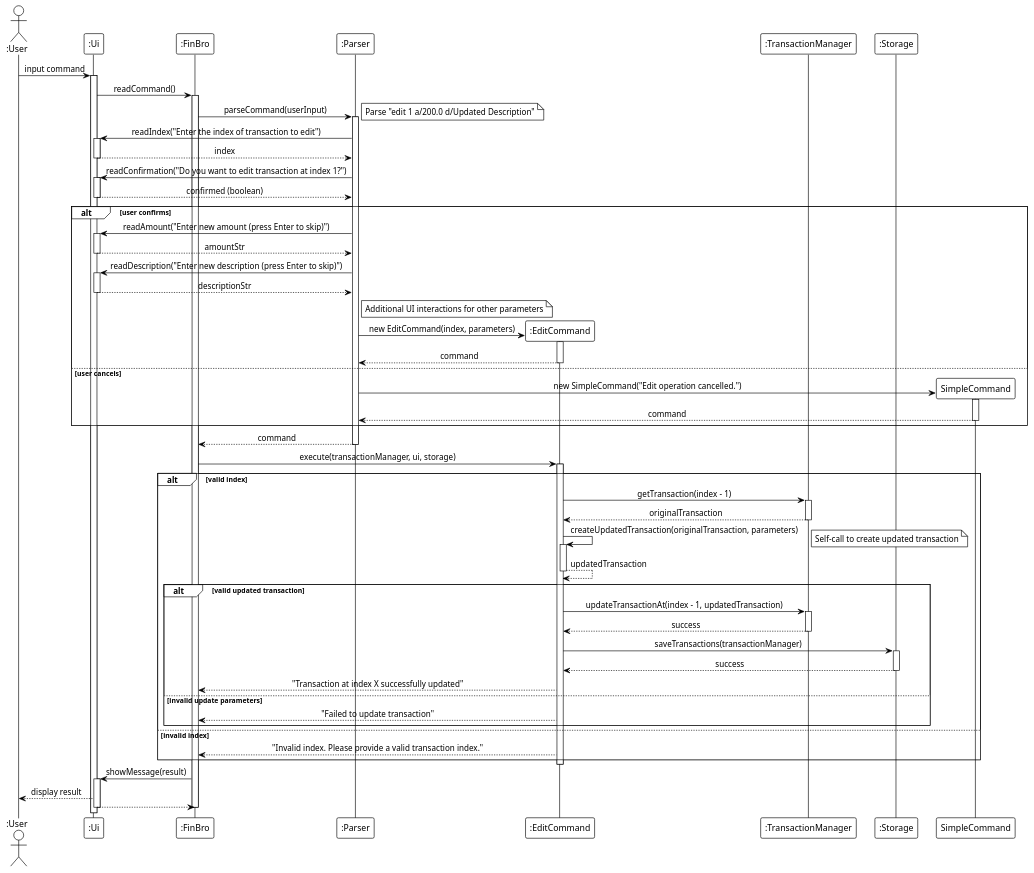
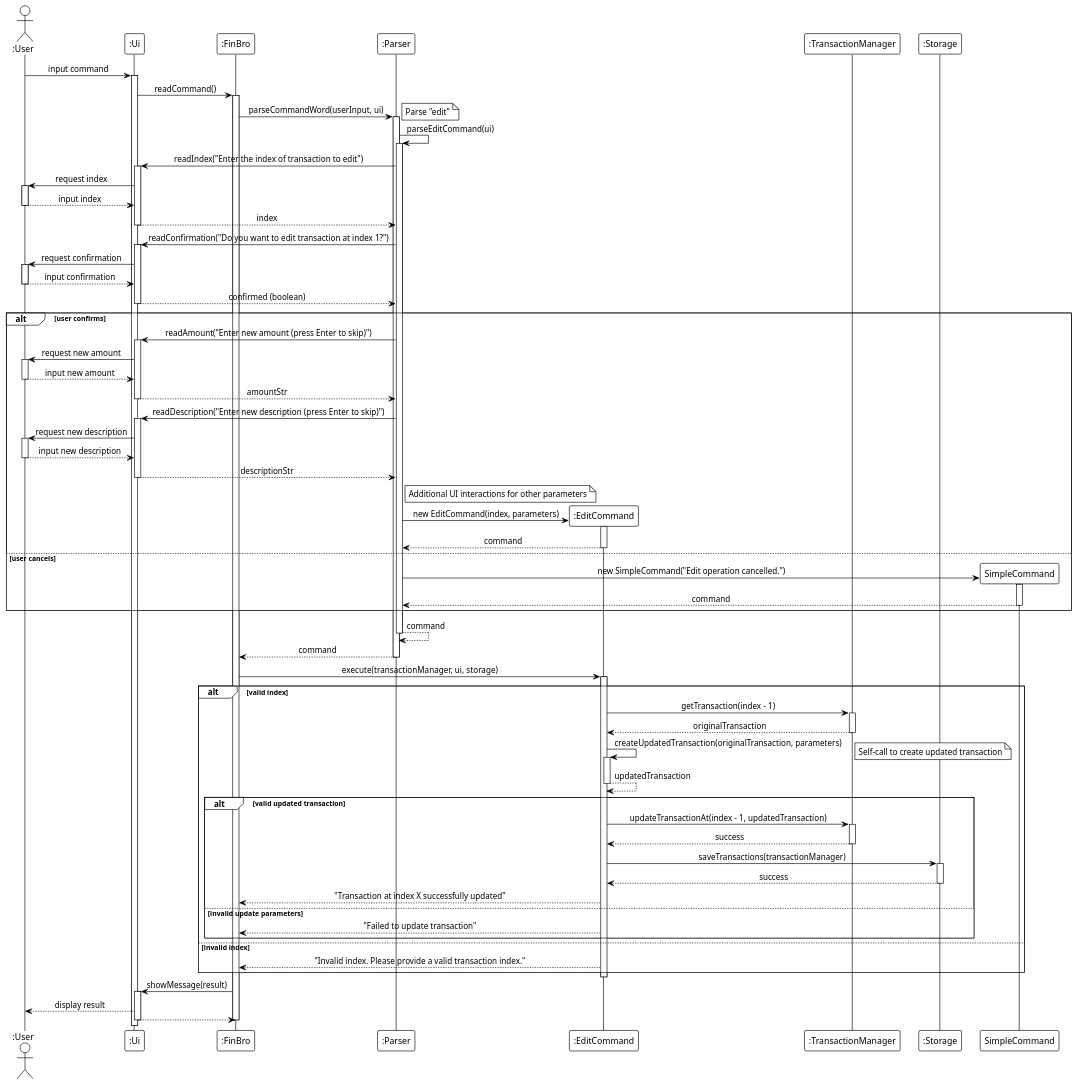
One commit to laitcanard05/tp changed the diagram in docs/diagrams/puml/sequence/sequence-edit.puml. Above: the diagram before and after it, drawn with PlantUML. The commit also changed 13 other files, not shown here.

Commit message:
Update sequence diagrams to reflect friendly CLI

```diff
--- a/docs/diagrams/puml/sequence/sequence-edit.puml
+++ b/docs/diagrams/puml/sequence/sequence-edit.puml
@@ -1,108 +1,128 @@
 @startuml
 !theme plain
 skinparam sequenceMessageAlign center
 skinparam responseMessageBelowArrow true
 skinparam lifelineStrategy nosolid
 
 actor ":User" as User
 participant ":Ui" as UI
 participant ":FinBro" as FinBro
 participant ":Parser" as Parser
 participant ":EditCommand" as EditCommand
 participant ":TransactionManager" as TransactionMgr
 participant ":Storage" as Storage
 
 User -> UI : input command
 activate UI
 
 UI -> FinBro : readCommand()
 activate FinBro
 
-FinBro -> Parser : parseCommand(userInput)
+FinBro -> Parser : parseCommandWord(userInput, ui)
 activate Parser
+note right: Parse "edit"
 
-note right: Parse "edit 1 a/200.0 d/Updated Description"
+Parser -> Parser : parseEditCommand(ui)
+activate Parser
 
 Parser -> UI : readIndex("Enter the index of transaction to edit")
 activate UI
+UI -> User : request index
+activate User
+User --> UI : input index
+deactivate User
 UI --> Parser : index
 deactivate UI
 
 Parser -> UI : readConfirmation("Do you want to edit transaction at index 1?")
 activate UI
+UI -> User : request confirmation
+activate User
+User --> UI : input confirmation
+deactivate User
 UI --> Parser : confirmed (boolean)
 deactivate UI
 
 alt user confirms
     Parser -> UI : readAmount("Enter new amount (press Enter to skip)")
     activate UI
+    UI -> User : request new amount
+    activate User
+    User --> UI : input new amount
+    deactivate User
     UI --> Parser : amountStr
     deactivate UI
 
     Parser -> UI : readDescription("Enter new description (press Enter to skip)")
     activate UI
+    UI -> User : request new description
+    activate User
+    User --> UI : input new description
+    deactivate User
     UI --> Parser : descriptionStr
     deactivate UI
 
     note right of Parser: Additional UI interactions for other parameters
 
     create EditCommand
     Parser -> EditCommand : new EditCommand(index, parameters)
     activate EditCommand
     EditCommand --> Parser : command
     deactivate EditCommand
 else user cancels
     create "SimpleCommand"
     Parser -> "SimpleCommand" : new SimpleCommand("Edit operation cancelled.")
     activate "SimpleCommand"
     "SimpleCommand" --> Parser : command
     deactivate "SimpleCommand"
 end
 
+Parser --> Parser : command
+deactivate Parser
 Parser --> FinBro : command
 deactivate Parser
 
 FinBro -> EditCommand : execute(transactionManager, ui, storage)
 activate EditCommand
 
 alt valid index
     EditCommand -> TransactionMgr : getTransaction(index - 1)
     activate TransactionMgr
     TransactionMgr --> EditCommand : originalTransaction
     deactivate TransactionMgr
 
     EditCommand -> EditCommand : createUpdatedTransaction(originalTransaction, parameters)
     activate EditCommand
     note right: Self-call to create updated transaction
     EditCommand --> EditCommand : updatedTransaction
     deactivate EditCommand
 
     alt valid updated transaction
         EditCommand -> TransactionMgr : updateTransactionAt(index - 1, updatedTransaction)
         activate TransactionMgr
         TransactionMgr --> EditCommand : success
         deactivate TransactionMgr
 
         EditCommand -> Storage : saveTransactions(transactionManager)
         activate Storage
         Storage --> EditCommand : success
         deactivate Storage
 
         EditCommand --> FinBro : "Transaction at index X successfully updated"
     else invalid update parameters
         EditCommand --> FinBro : "Failed to update transaction"
     end
 else invalid index
     EditCommand --> FinBro : "Invalid index. Please provide a valid transaction index."
 end
 
 deactivate EditCommand
 
 FinBro -> UI : showMessage(result)
 activate UI
 UI --> User : display result
 UI --> FinBro
 deactivate UI
 deactivate FinBro
 
 @enduml
```
